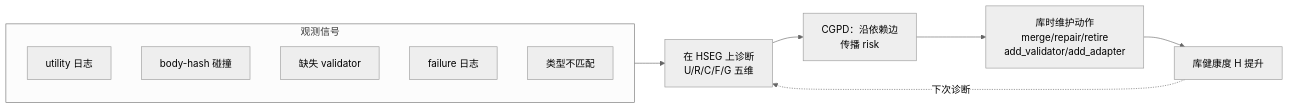
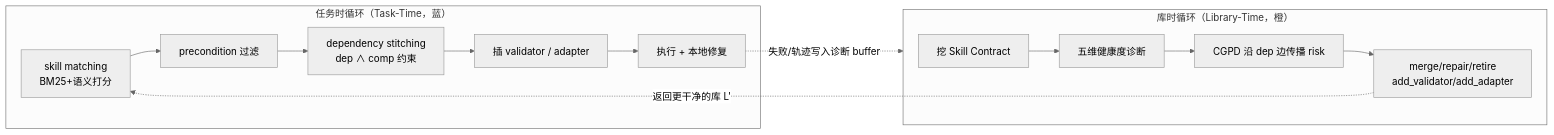
The diagram in docs/skills/autoskill/skillops.md (zhoujx4/llm-atlas), drawn with Mermaid (neutral theme) before and after one commit. The commit also changed other lines of this file and 156 other files, not shown here.

First line of the commit message:
docs: 论文页按规范批量重排+配图，新增 Harness 工程演进四页

````diff
--- a/docs/skills/autoskill/skillops.md
+++ b/docs/skills/autoskill/skillops.md
@@ -46,15 +70,16 @@
 ```mermaid
 flowchart LR
-    subgraph 观测信号
-        L1[utility 日志]
-        L2[body-hash 碰撞]
-        L3[缺失 validator]
-        L4[failure 日志]
-        L5[类型不匹配]
+    subgraph TT["任务时循环（Task-Time，蓝）"]
+        T1[skill matching<br/>BM25+语义打分] --> T2[precondition 过滤]
+        T2 --> T3[dependency stitching<br/>dep ∧ comp 约束]
+        T3 --> T4[插 validator / adapter]
+        T4 --> T5[执行 + 本地修复]
     end
-    观测信号 --> D[在 HSEG 上诊断<br/>U/R/C/F/G 五维]
-    D --> P[CGPD：沿依赖边<br/>传播 risk]
-    P --> M[库时维护动作<br/>merge/repair/retire<br/>add_validator/add_adapter]
-    M --> H[库健康度 H 提升]
-    H -. 下次诊断 .-> D
+    T5 -. 失败/轨迹写入诊断 buffer .-> LT
+    subgraph LT["库时循环（Library-Time，橙）"]
+        L1[挖 Skill Contract] --> L2[五维健康度诊断]
+        L2 --> L3[CGPD 沿 dep 边传播 risk]
+        L3 --> L4[merge/repair/retire<br/>add_validator/add_adapter]
+    end
+    L4 -. 返回更干净的库 L' .-> T1
 ```
````
